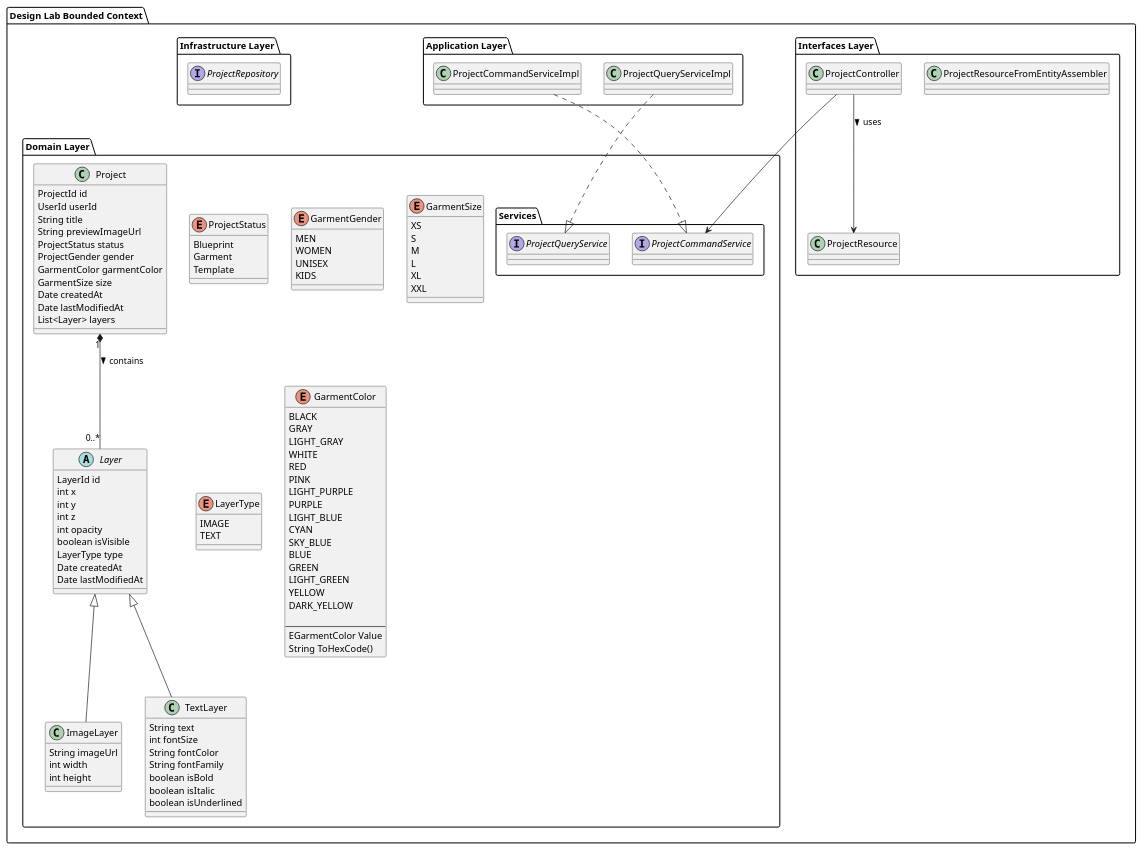
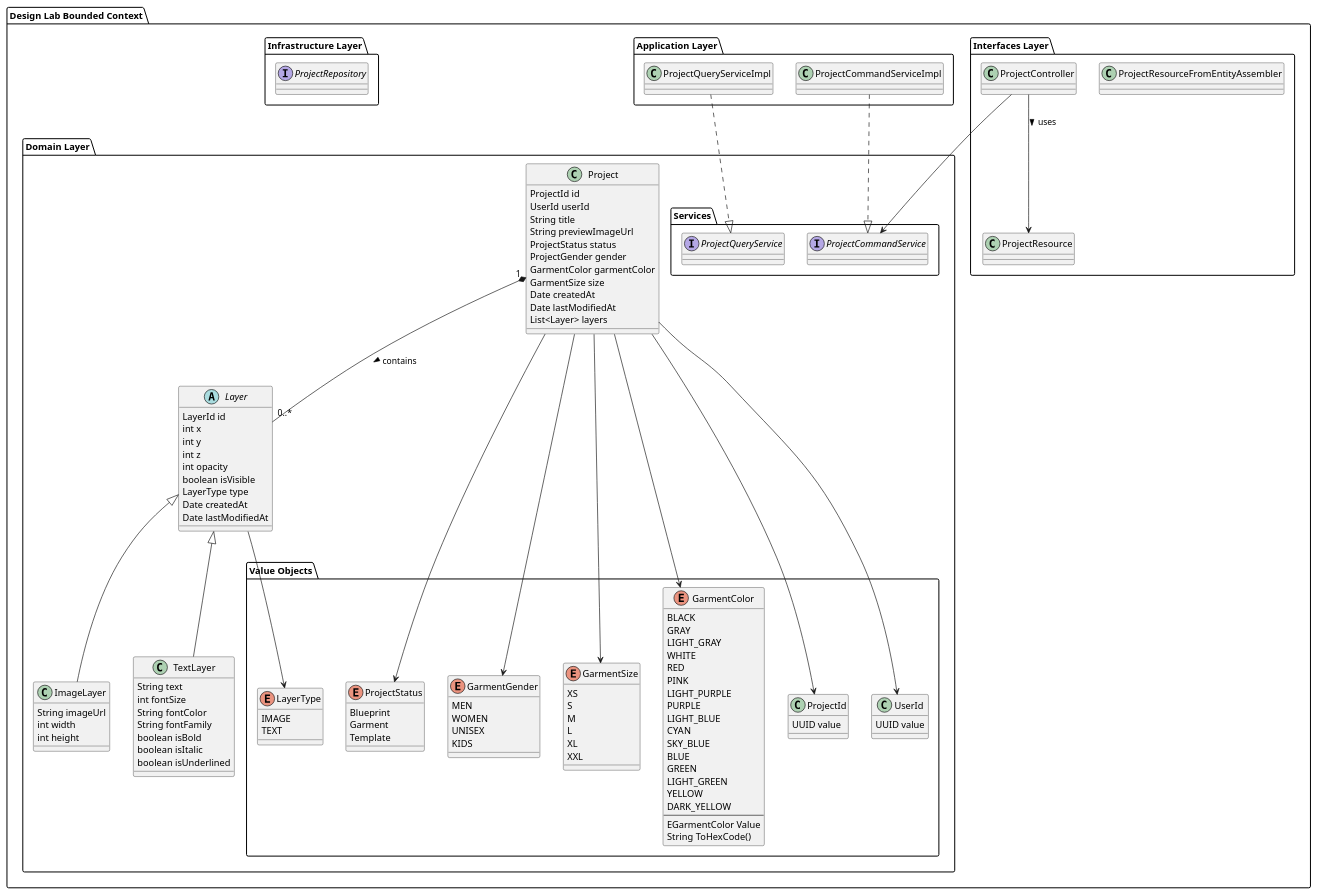
The diagram in src/docs/DesignLabClassDiagram.puml (zGIKS/opensourceBACK), drawn with PlantUML before and after one commit.

Commit message:
feat: organize enums and add value objects for ProjectId and UserId in class diagram

```diff
--- a/src/docs/DesignLabClassDiagram.puml
+++ b/src/docs/DesignLabClassDiagram.puml
@@ -1,132 +1,148 @@
 @startuml
 
 package "Design Lab Bounded Context" {
 
     package "Interfaces Layer" {
         class ProjectResource {}
         class ProjectResourceFromEntityAssembler {}
         class ProjectController {}
     }
 
     package "Application Layer" {
         class ProjectCommandServiceImpl {}
         class ProjectQueryServiceImpl {}
     }
 
     package "Infrastructure Layer" {
         interface ProjectRepository {
         }
     }
 
     package "Domain Layer" {
 
         package "Services" {
             interface ProjectCommandService {
             }
 
             interface ProjectQueryService {
             }
         }
 
-        enum ProjectStatus {
-            Blueprint
-            Garment
-            Template
-        }
+        package "Value Objects" {
+            enum ProjectStatus {
+                Blueprint
+                Garment
+                Template
+            }
 
-        enum GarmentGender {
-            MEN
-            WOMEN
-            UNISEX
-            KIDS
-        }
+            enum GarmentGender {
+                MEN
+                WOMEN
+                UNISEX
+                KIDS
+            }
 
-        enum GarmentSize {
-            XS
-            S
-            M
-            L
-            XL
-            XXL
-        }
+            enum GarmentSize {
+                XS
+                S
+                M
+                L
+                XL
+                XXL
+            }
 
-        enum LayerType {
-            IMAGE
-            TEXT
-        }
+            enum LayerType {
+                IMAGE
+                TEXT
+            }
 
-        enum GarmentColor {
-            BLACK
-            GRAY
-            LIGHT_GRAY
-            WHITE
-            RED
-            PINK
-            LIGHT_PURPLE
-            PURPLE
-            LIGHT_BLUE
-            CYAN
-            SKY_BLUE
-            BLUE
-            GREEN
-            LIGHT_GREEN
-            YELLOW
-            DARK_YELLOW
+            enum GarmentColor {
+                BLACK
+                GRAY
+                LIGHT_GRAY
+                WHITE
+                RED
+                PINK
+                LIGHT_PURPLE
+                PURPLE
+                LIGHT_BLUE
+                CYAN
+                SKY_BLUE
+                BLUE
+                GREEN
+                LIGHT_GREEN
+                YELLOW
+                DARK_YELLOW
+                ---
+                EGarmentColor Value
+                String ToHexCode()
+            }
 
-            ---
-            EGarmentColor Value
-            String ToHexCode()
+            class ProjectId {
+                UUID value
+            }
+            class UserId {
+                UUID value
+            }
         }
 
         class "Project" {
             ProjectId id
             UserId userId
             String title
             String previewImageUrl
             ProjectStatus status
             ProjectGender gender
             GarmentColor garmentColor
             GarmentSize size
             Date createdAt
             Date lastModifiedAt
             List<Layer> layers
         }
 
         abstract class "Layer" {
             LayerId id
             int x
             int y
             int z
             int opacity
             boolean isVisible
             LayerType type
             Date createdAt
             Date lastModifiedAt
         }
 
         class "ImageLayer" extends "Layer" {
             String imageUrl
             int width
             int height
         }
 
         class "TextLayer" extends "Layer" {
             String text
             int fontSize
             String fontColor
             String fontFamily
             boolean isBold
             boolean isItalic
             boolean isUnderlined
         }
 
         Project "1" *-- "0..*" Layer : contains >
     }
+    Project --> ProjectId
+    Project --> UserId
+    Project --> GarmentColor
+    Project --> GarmentSize
+    Project --> ProjectStatus
+    Project --> GarmentGender
+
+    Layer --> LayerType
 
     ProjectCommandServiceImpl ..|> ProjectCommandService
     ProjectQueryServiceImpl ..|> ProjectQueryService
     ProjectController -down-> ProjectResource : uses >
     ProjectController --> ProjectCommandService
 
 }
 @enduml
```
